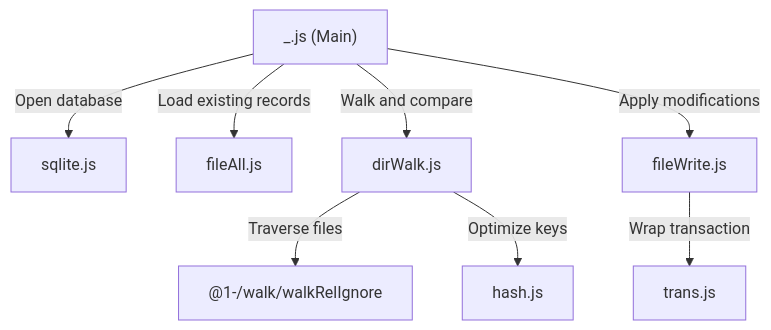
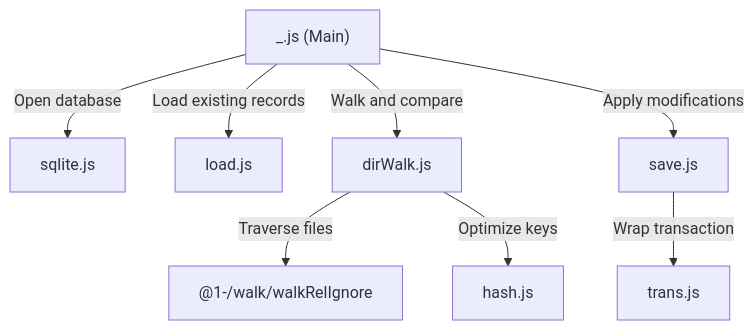
The diagram in scan/readme/en/README.md (webc-site/npm), drawn with Mermaid before and after one commit. The commit also changed other lines of this file and 10 other files, not shown here.

Commit message:
refactor: migrate scan package from node:sqlite to bun:sqlite and rename fileAll/fileWrite to load/save 重构: 将 scan 包从 node:sqlite 迁移至 bun:sqlite 并重命名 fileAll/fileWrite 为 load/save

````diff
--- a/scan/readme/en/README.md
+++ b/scan/readme/en/README.md
@@ -30,10 +31,10 @@
 ```mermaid
 graph TD
     Entry["_.js (Main)"] -->|Open database| Sqlite[sqlite.js]
-    Entry -->|Load existing records| FileAll[fileAll.js]
+    Entry -->|Load existing records| Load[load.js]
     Entry -->|Walk and compare| DirWalk[dirWalk.js]
     DirWalk -->|Traverse files| Walk["@1-/walk/walkRelIgnore"]
     DirWalk -->|Optimize keys| Hash[hash.js]
-    Entry -->|Apply modifications| FileWrite[fileWrite.js]
-    FileWrite -->|Wrap transaction| Trans[trans.js]
+    Entry -->|Apply modifications| Save[save.js]
+    Save -->|Wrap transaction| Trans[trans.js]
 ```
````
